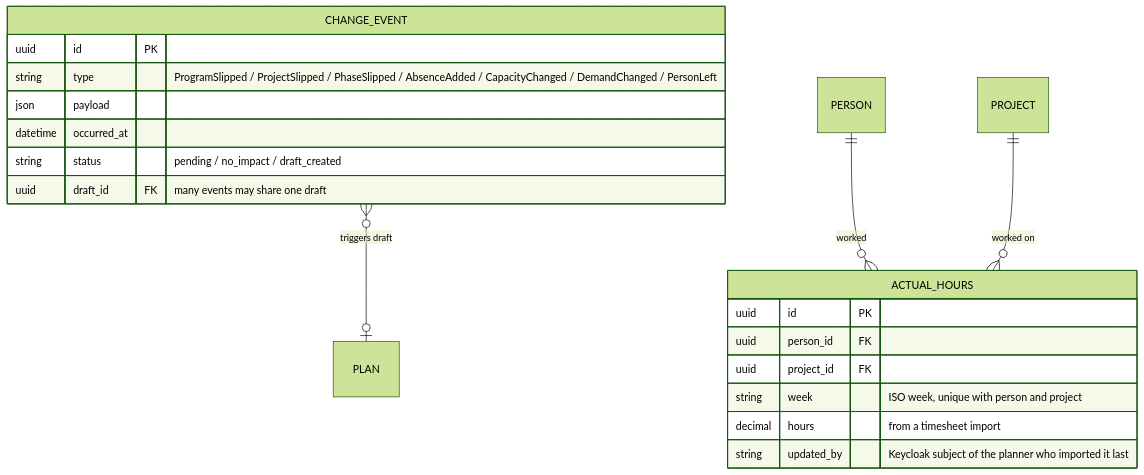
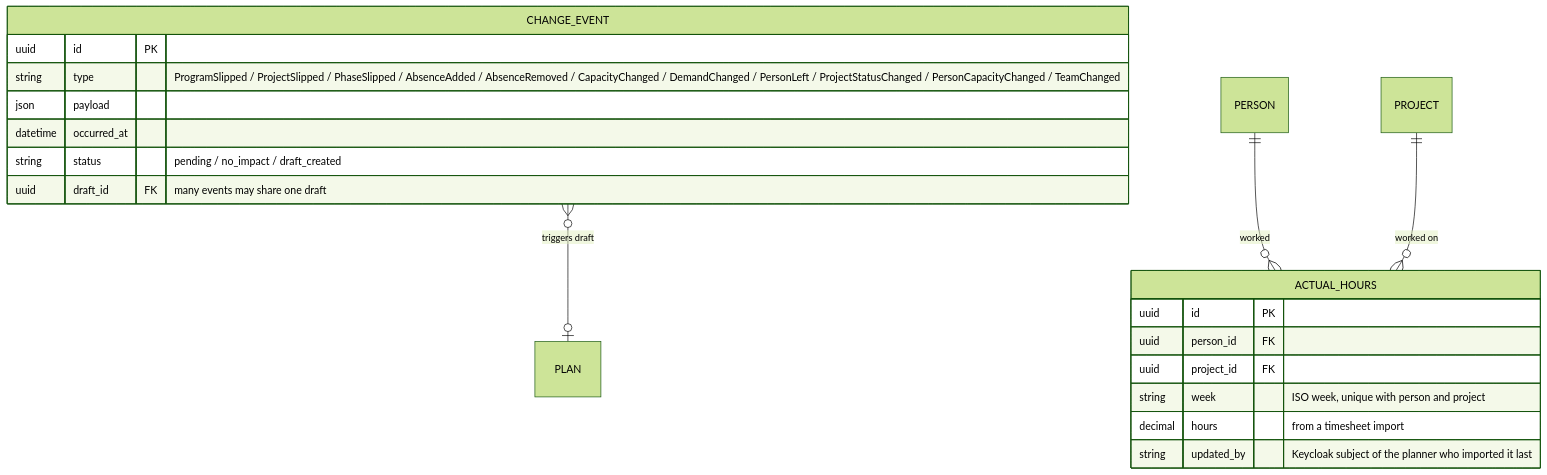
One commit to dophnamm/the-slot-finder changed the eighth of 14 diagrams in README.md. Above: the diagram before and after it, drawn with Mermaid (forest theme). The commit also changed other lines of this file and 4 other files, not shown here.

````diff
--- a/README.md
+++ b/README.md
@@ -462,23 +462,23 @@
 ```mermaid
 erDiagram
   CHANGE_EVENT }o--o| PLAN : "triggers draft"
   PERSON ||--o{ ACTUAL_HOURS : worked
   PROJECT ||--o{ ACTUAL_HOURS : "worked on"
 
   CHANGE_EVENT {
     uuid id PK
-    string type "ProgramSlipped / ProjectSlipped / PhaseSlipped / AbsenceAdded / CapacityChanged / DemandChanged / PersonLeft"
+    string type "ProgramSlipped / ProjectSlipped / PhaseSlipped / AbsenceAdded / AbsenceRemoved / CapacityChanged / DemandChanged / PersonLeft / ProjectStatusChanged / PersonCapacityChanged / TeamChanged"
     json payload
     datetime occurred_at
     string status "pending / no_impact / draft_created"
     uuid draft_id FK "many events may share one draft"
   }
   ACTUAL_HOURS {
     uuid id PK
     uuid person_id FK
     uuid project_id FK
     string week "ISO week, unique with person and project"
     decimal hours "from a timesheet import"
     string updated_by "Keycloak subject of the planner who imported it last"
   }
 ```
````
